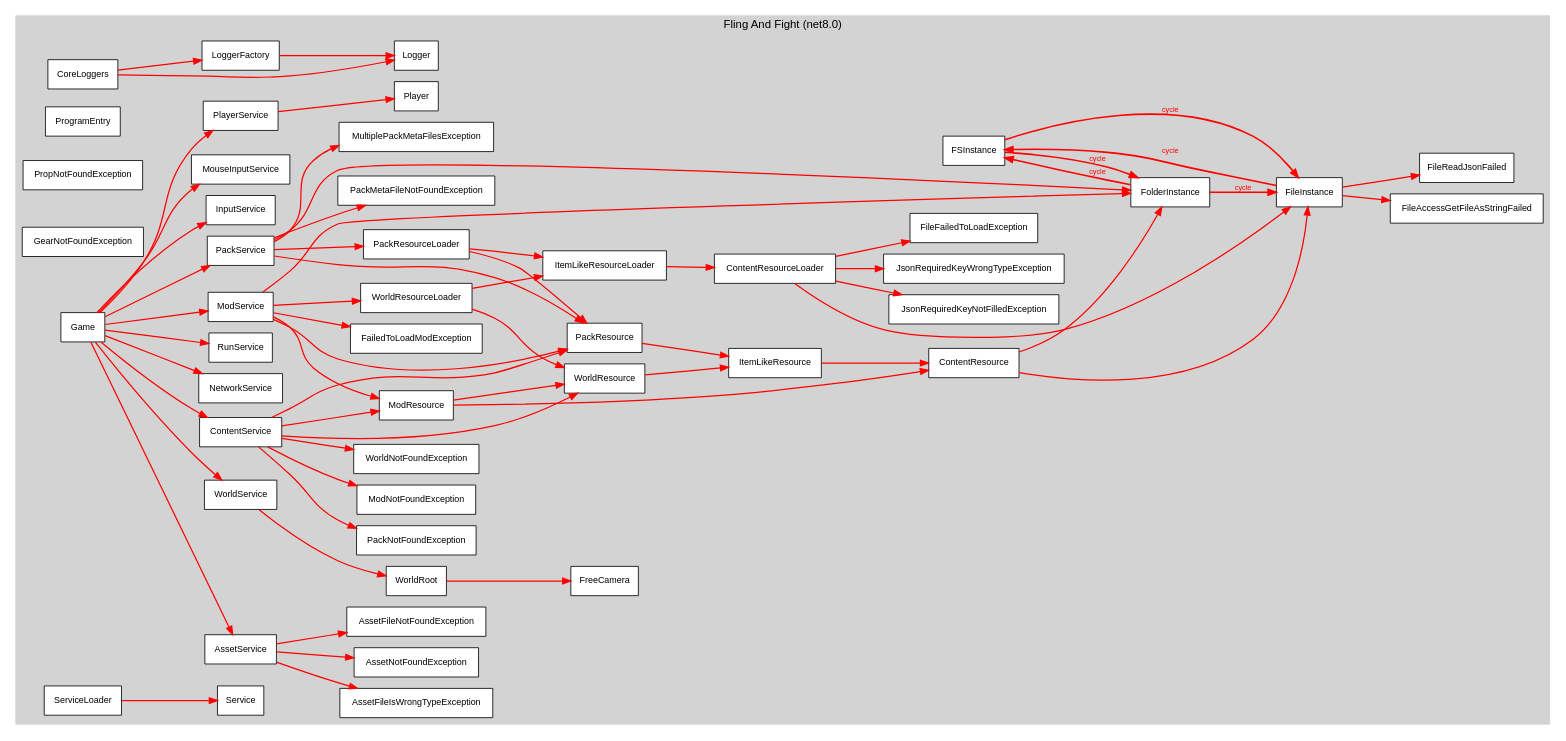
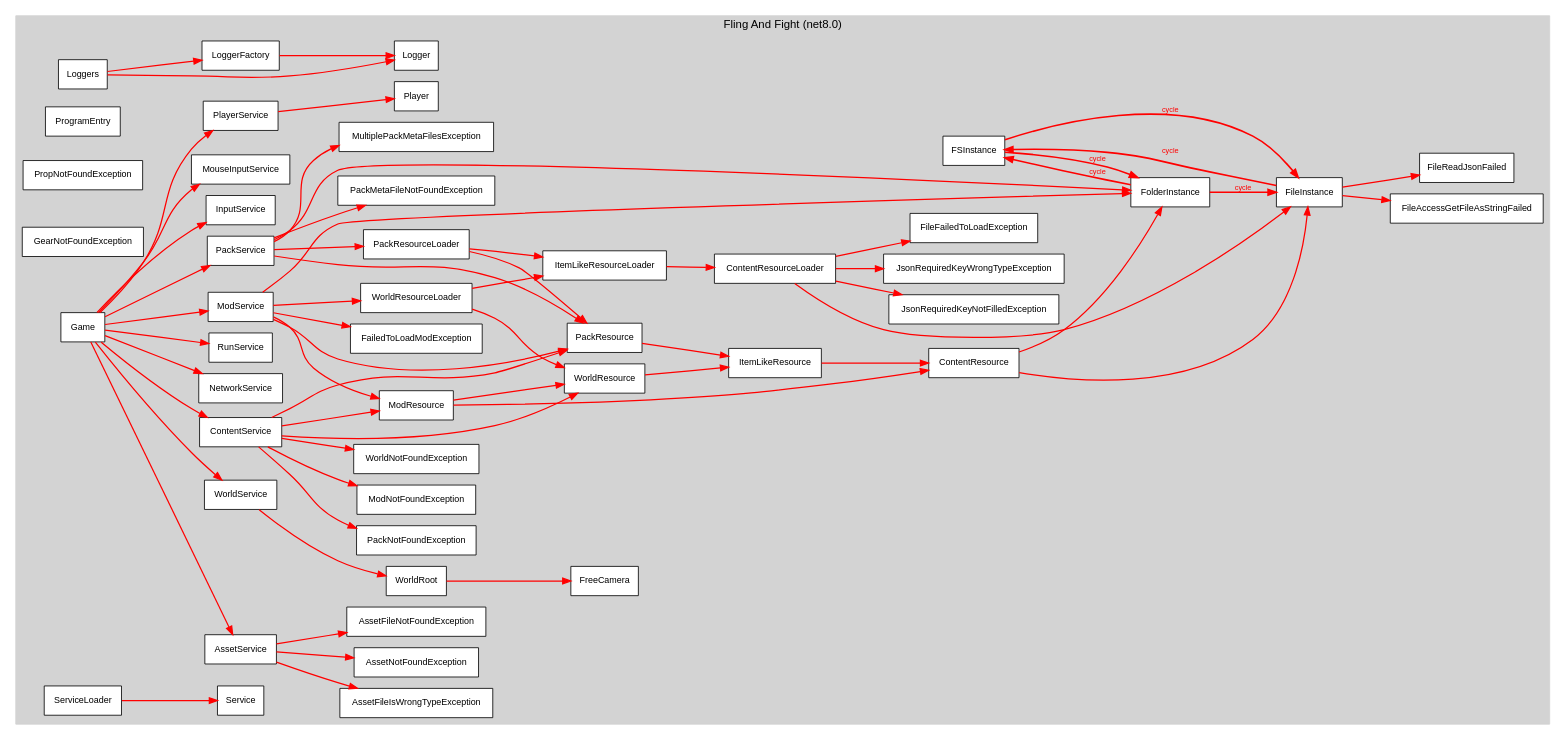
One commit to Nikaxe-dev/Fling-And-Fight changed the diagram in FaF-GODOT/class-dependency-graph.dot. Above: the diagram before and after it, drawn with Graphviz. The commit also changed 14 other files, not shown here.

Commit message:
refactor: CoreLoggers --> Loggers

```diff
--- a/FaF-GODOT/class-dependency-graph.dot
+++ b/FaF-GODOT/class-dependency-graph.dot
@@ -1,123 +1,123 @@
 digraph CSharpDependencies {
   graph [rankdir=LR, fontname="Helvetica", fontsize=14, splines=sprite, overlap=false, nodesep=0.2, ranksep=0.8];
   node [shape=box, style=filled, fillcolor=lightblue, fontname="Helvetica", fontsize=11];
   edge [fontname="Helvetica", fontsize=9];
   // Cycle highlighting
   edge [color="#FF0000", penwidth=2.0];
 
 
   subgraph "cluster_Fling And Fight" {
     label="Fling And Fight (net8.0)";
     style="filled";
     color="lightgray";
 
-    "Fling And Fight.CoreLoggers" [label="CoreLoggers", fillcolor=white, tooltip="FaF.Debug.CoreLoggers"];
+    "Fling And Fight.Loggers" [label="Loggers", fillcolor=white, tooltip="FaF.Debug.Loggers"];
     "Fling And Fight.Logger" [label="Logger", fillcolor=white, tooltip="FaF.Debug.Logger"];
     "Fling And Fight.LoggerFactory" [label="LoggerFactory", fillcolor=white, tooltip="FaF.Debug.LoggerFactory"];
     "Fling And Fight.FSInstance" [label="FSInstance", fillcolor=white, tooltip="FaF.FileSystem.FSInstance"];
     "Fling And Fight.FileInstance" [label="FileInstance", fillcolor=white, tooltip="FaF.FileSystem.FileInstance"];
     "Fling And Fight.FileAccessGetFileAsStringFailed" [label="FileAccessGetFileAsStringFailed", fillcolor=white, tooltip="FaF.FileSystem.FileAccessGetFileAsStringFailed"];
     "Fling And Fight.FileReadJsonFailed" [label="FileReadJsonFailed", fillcolor=white, tooltip="FaF.FileSystem.FileReadJsonFailed"];
     "Fling And Fight.FolderInstance" [label="FolderInstance", fillcolor=white, tooltip="FaF.FileSystem.FolderInstance"];
     "Fling And Fight.ProgramEntry" [label="ProgramEntry", fillcolor=white, tooltip="FaF.ProgramEntry"];
     "Fling And Fight.AssetService" [label="AssetService", fillcolor=white, tooltip="FaF.Services.Content.AssetService"];
     "Fling And Fight.AssetNotFoundException" [label="AssetNotFoundException", fillcolor=white, tooltip="FaF.Services.Content.AssetNotFoundException"];
     "Fling And Fight.AssetFileNotFoundException" [label="AssetFileNotFoundException", fillcolor=white, tooltip="FaF.Services.Content.AssetFileNotFoundException"];
     "Fling And Fight.AssetFileIsWrongTypeException" [label="AssetFileIsWrongTypeException", fillcolor=white, tooltip="FaF.Services.Content.AssetFileIsWrongTypeException"];
     "Fling And Fight.ContentService" [label="ContentService", fillcolor=white, tooltip="FaF.Services.Content.ContentService"];
     "Fling And Fight.PackNotFoundException" [label="PackNotFoundException", fillcolor=white, tooltip="FaF.Services.Content.PackNotFoundException"];
     "Fling And Fight.ModNotFoundException" [label="ModNotFoundException", fillcolor=white, tooltip="FaF.Services.Content.ModNotFoundException"];
     "Fling And Fight.WorldNotFoundException" [label="WorldNotFoundException", fillcolor=white, tooltip="FaF.Services.Content.WorldNotFoundException"];
     "Fling And Fight.PropNotFoundException" [label="PropNotFoundException", fillcolor=white, tooltip="FaF.Services.Content.PropNotFoundException"];
     "Fling And Fight.GearNotFoundException" [label="GearNotFoundException", fillcolor=white, tooltip="FaF.Services.Content.GearNotFoundException"];
     "Fling And Fight.ContentResource" [label="ContentResource", fillcolor=white, tooltip="FaF.Services.Content.Resources.ContentResource"];
     "Fling And Fight.ItemLikeResource" [label="ItemLikeResource", fillcolor=white, tooltip="FaF.Services.Content.Resources.ItemLikeResource"];
     "Fling And Fight.ModResource" [label="ModResource", fillcolor=white, tooltip="FaF.Services.Content.Resources.ModResource"];
     "Fling And Fight.PackResource" [label="PackResource", fillcolor=white, tooltip="FaF.Services.Content.Resources.PackResource"];
     "Fling And Fight.WorldResource" [label="WorldResource", fillcolor=white, tooltip="FaF.Services.Content.Resources.WorldResource"];
     "Fling And Fight.Game" [label="Game", fillcolor=white, tooltip="FaF.Services.Game"];
     "Fling And Fight.NetworkService" [label="NetworkService", fillcolor=white, tooltip="FaF.Services.Lifecycle.NetworkService"];
     "Fling And Fight.RunService" [label="RunService", fillcolor=white, tooltip="FaF.Services.Lifecycle.RunService"];
     "Fling And Fight.ModService" [label="ModService", fillcolor=white, tooltip="FaF.Services.Modding.ModService"];
     "Fling And Fight.FailedToLoadModException" [label="FailedToLoadModException", fillcolor=white, tooltip="FaF.Services.Modding.FailedToLoadModException"];
     "Fling And Fight.PackService" [label="PackService", fillcolor=white, tooltip="FaF.Services.Modding.PackService"];
     "Fling And Fight.PackMetaFileNotFoundException" [label="PackMetaFileNotFoundException", fillcolor=white, tooltip="FaF.Services.Modding.PackMetaFileNotFoundException"];
     "Fling And Fight.MultiplePackMetaFilesException" [label="MultiplePackMetaFilesException", fillcolor=white, tooltip="FaF.Services.Modding.MultiplePackMetaFilesException"];
     "Fling And Fight.ContentResourceLoader" [label="ContentResourceLoader", fillcolor=white, tooltip="FaF.Services.Modding.ResourceLoaders.ContentResourceLoader"];
     "Fling And Fight.FileFailedToLoadException" [label="FileFailedToLoadException", fillcolor=white, tooltip="FaF.Services.Modding.ResourceLoaders.FileFailedToLoadException"];
     "Fling And Fight.JsonRequiredKeyNotFilledException" [label="JsonRequiredKeyNotFilledException", fillcolor=white, tooltip="FaF.Services.Modding.ResourceLoaders.JsonRequiredKeyNotFilledException"];
     "Fling And Fight.JsonRequiredKeyWrongTypeException" [label="JsonRequiredKeyWrongTypeException", fillcolor=white, tooltip="FaF.Services.Modding.ResourceLoaders.JsonRequiredKeyWrongTypeException"];
     "Fling And Fight.ItemLikeResourceLoader" [label="ItemLikeResourceLoader", fillcolor=white, tooltip="FaF.Services.Modding.ResourceLoaders.ItemLikeResourceLoader"];
     "Fling And Fight.PackResourceLoader" [label="PackResourceLoader", fillcolor=white, tooltip="FaF.Services.Modding.ResourceLoaders.PackResourceLoader"];
     "Fling And Fight.WorldResourceLoader" [label="WorldResourceLoader", fillcolor=white, tooltip="FaF.Services.Modding.ResourceLoaders.WorldResourceLoader"];
     "Fling And Fight.Service" [label="Service", fillcolor=white, tooltip="FaF.Services.Service"];
     "Fling And Fight.ServiceLoader" [label="ServiceLoader", fillcolor=white, tooltip="FaF.Services.ServiceLoader"];
     "Fling And Fight.InputService" [label="InputService", fillcolor=white, tooltip="FaF.Services.UserInput.InputService"];
     "Fling And Fight.MouseInputService" [label="MouseInputService", fillcolor=white, tooltip="FaF.Services.UserInput.MouseInputService"];
     "Fling And Fight.Player" [label="Player", fillcolor=white, tooltip="FaF.Services.World.Player"];
     "Fling And Fight.PlayerService" [label="PlayerService", fillcolor=white, tooltip="FaF.Services.World.PlayerService"];
     "Fling And Fight.WorldRoot" [label="WorldRoot", fillcolor=white, tooltip="FaF.Services.World.WorldRoot"];
     "Fling And Fight.WorldService" [label="WorldService", fillcolor=white, tooltip="FaF.Services.World.WorldService"];
     "Fling And Fight.FreeCamera" [label="FreeCamera", fillcolor=white, tooltip="FaF.Visuals.Camera.FreeCamera"];
   }
 
-  "Fling And Fight.CoreLoggers" -> "Fling And Fight.LoggerFactory" [penwidth=1.5];
-  "Fling And Fight.CoreLoggers" -> "Fling And Fight.Logger" [penwidth=1.5];
+  "Fling And Fight.Loggers" -> "Fling And Fight.LoggerFactory" [penwidth=1.5];
+  "Fling And Fight.Loggers" -> "Fling And Fight.Logger" [penwidth=1.5];
   "Fling And Fight.LoggerFactory" -> "Fling And Fight.Logger" [penwidth=1.5];
   "Fling And Fight.FSInstance" -> "Fling And Fight.FolderInstance" [penwidth=1.5, color="#FF0000", penwidth=2.0, fontcolor="#FF0000", label="cycle"];
   "Fling And Fight.FSInstance" -> "Fling And Fight.FileInstance" [penwidth=1.5, color="#FF0000", penwidth=2.0, fontcolor="#FF0000", label="cycle"];
   "Fling And Fight.FileInstance" -> "Fling And Fight.FSInstance" [penwidth=1.5, color="#FF0000", penwidth=2.0, fontcolor="#FF0000", label="cycle"];
   "Fling And Fight.FileInstance" -> "Fling And Fight.FileAccessGetFileAsStringFailed" [penwidth=1.5];
   "Fling And Fight.FileInstance" -> "Fling And Fight.FileReadJsonFailed" [penwidth=1.5];
   "Fling And Fight.FolderInstance" -> "Fling And Fight.FSInstance" [penwidth=1.5, color="#FF0000", penwidth=2.0, fontcolor="#FF0000", label="cycle"];
   "Fling And Fight.FolderInstance" -> "Fling And Fight.FileInstance" [penwidth=1.5, color="#FF0000", penwidth=2.0, fontcolor="#FF0000", label="cycle"];
   "Fling And Fight.AssetService" -> "Fling And Fight.AssetNotFoundException" [penwidth=1.5];
   "Fling And Fight.AssetService" -> "Fling And Fight.AssetFileIsWrongTypeException" [penwidth=1.5];
   "Fling And Fight.AssetService" -> "Fling And Fight.AssetFileNotFoundException" [penwidth=1.5];
   "Fling And Fight.ContentService" -> "Fling And Fight.PackNotFoundException" [penwidth=1.5];
   "Fling And Fight.ContentService" -> "Fling And Fight.ModNotFoundException" [penwidth=1.5];
   "Fling And Fight.ContentService" -> "Fling And Fight.WorldNotFoundException" [penwidth=1.5];
   "Fling And Fight.ContentService" -> "Fling And Fight.PackResource" [penwidth=1.5];
   "Fling And Fight.ContentService" -> "Fling And Fight.ModResource" [penwidth=1.5];
   "Fling And Fight.ContentService" -> "Fling And Fight.WorldResource" [penwidth=1.5];
   "Fling And Fight.ContentResource" -> "Fling And Fight.FileInstance" [penwidth=1.5];
   "Fling And Fight.ContentResource" -> "Fling And Fight.FolderInstance" [penwidth=1.5];
   "Fling And Fight.ItemLikeResource" -> "Fling And Fight.ContentResource" [penwidth=1.5];
   "Fling And Fight.ModResource" -> "Fling And Fight.ContentResource" [penwidth=1.5];
   "Fling And Fight.ModResource" -> "Fling And Fight.WorldResource" [penwidth=1.5];
   "Fling And Fight.PackResource" -> "Fling And Fight.ItemLikeResource" [penwidth=1.5];
   "Fling And Fight.WorldResource" -> "Fling And Fight.ItemLikeResource" [penwidth=1.5];
   "Fling And Fight.Game" -> "Fling And Fight.NetworkService" [penwidth=1.5];
   "Fling And Fight.Game" -> "Fling And Fight.InputService" [penwidth=1.5];
   "Fling And Fight.Game" -> "Fling And Fight.MouseInputService" [penwidth=1.5];
   "Fling And Fight.Game" -> "Fling And Fight.RunService" [penwidth=1.5];
   "Fling And Fight.Game" -> "Fling And Fight.WorldService" [penwidth=1.5];
   "Fling And Fight.Game" -> "Fling And Fight.PlayerService" [penwidth=1.5];
   "Fling And Fight.Game" -> "Fling And Fight.PackService" [penwidth=1.5];
   "Fling And Fight.Game" -> "Fling And Fight.ModService" [penwidth=1.5];
   "Fling And Fight.Game" -> "Fling And Fight.ContentService" [penwidth=1.5];
   "Fling And Fight.Game" -> "Fling And Fight.AssetService" [penwidth=1.5];
   "Fling And Fight.ModService" -> "Fling And Fight.FailedToLoadModException" [penwidth=1.5];
   "Fling And Fight.ModService" -> "Fling And Fight.WorldResourceLoader" [penwidth=1.5];
   "Fling And Fight.ModService" -> "Fling And Fight.ModResource" [penwidth=1.5];
   "Fling And Fight.ModService" -> "Fling And Fight.FolderInstance" [penwidth=1.5];
   "Fling And Fight.ModService" -> "Fling And Fight.PackResource" [penwidth=1.5];
   "Fling And Fight.PackService" -> "Fling And Fight.MultiplePackMetaFilesException" [penwidth=1.5];
   "Fling And Fight.PackService" -> "Fling And Fight.PackMetaFileNotFoundException" [penwidth=1.5];
   "Fling And Fight.PackService" -> "Fling And Fight.PackResourceLoader" [penwidth=1.5];
   "Fling And Fight.PackService" -> "Fling And Fight.FolderInstance" [penwidth=1.5];
   "Fling And Fight.PackService" -> "Fling And Fight.PackResource" [penwidth=1.5];
   "Fling And Fight.ContentResourceLoader" -> "Fling And Fight.FileFailedToLoadException" [penwidth=1.5];
   "Fling And Fight.ContentResourceLoader" -> "Fling And Fight.JsonRequiredKeyNotFilledException" [penwidth=1.5];
   "Fling And Fight.ContentResourceLoader" -> "Fling And Fight.JsonRequiredKeyWrongTypeException" [penwidth=1.5];
   "Fling And Fight.ContentResourceLoader" -> "Fling And Fight.FileInstance" [penwidth=1.5];
   "Fling And Fight.ItemLikeResourceLoader" -> "Fling And Fight.ContentResourceLoader" [penwidth=1.5];
   "Fling And Fight.PackResourceLoader" -> "Fling And Fight.ItemLikeResourceLoader" [penwidth=1.5];
   "Fling And Fight.PackResourceLoader" -> "Fling And Fight.PackResource" [penwidth=1.5];
   "Fling And Fight.WorldResourceLoader" -> "Fling And Fight.ItemLikeResourceLoader" [penwidth=1.5];
   "Fling And Fight.WorldResourceLoader" -> "Fling And Fight.WorldResource" [penwidth=1.5];
   "Fling And Fight.ServiceLoader" -> "Fling And Fight.Service" [penwidth=1.5];
   "Fling And Fight.PlayerService" -> "Fling And Fight.Player" [penwidth=1.5];
   "Fling And Fight.WorldRoot" -> "Fling And Fight.FreeCamera" [penwidth=1.5];
   "Fling And Fight.WorldService" -> "Fling And Fight.WorldRoot" [penwidth=1.5];
 }
```
